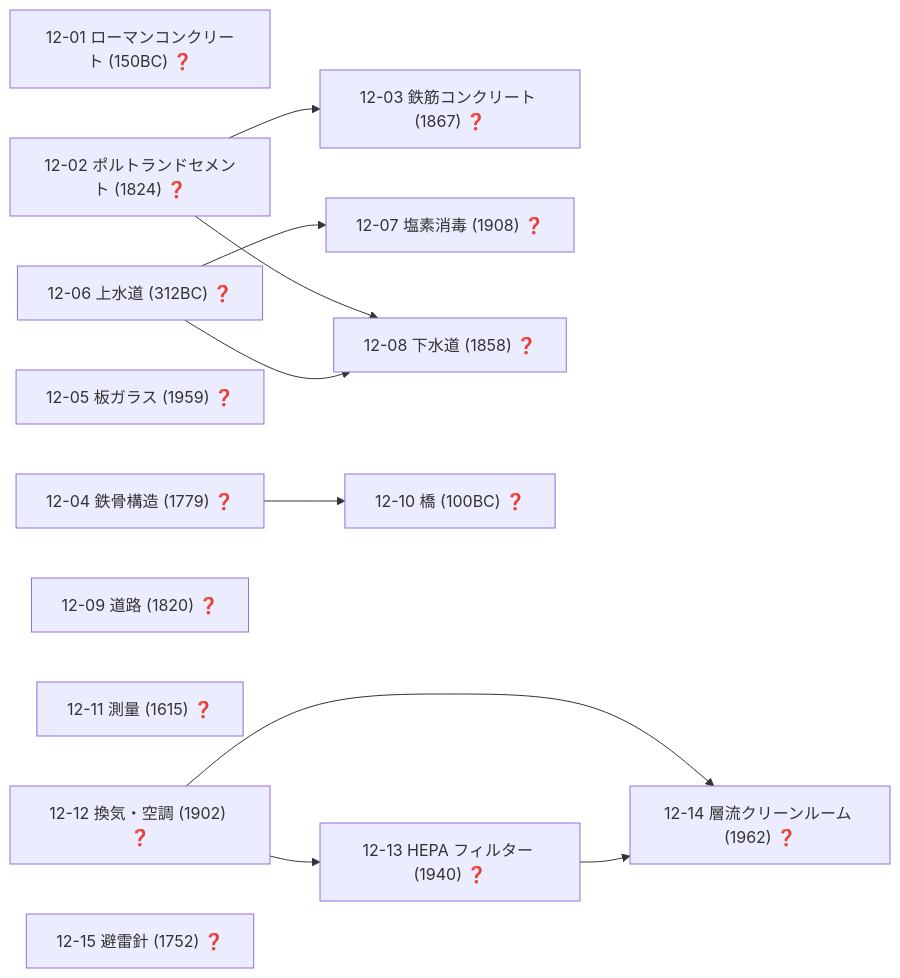
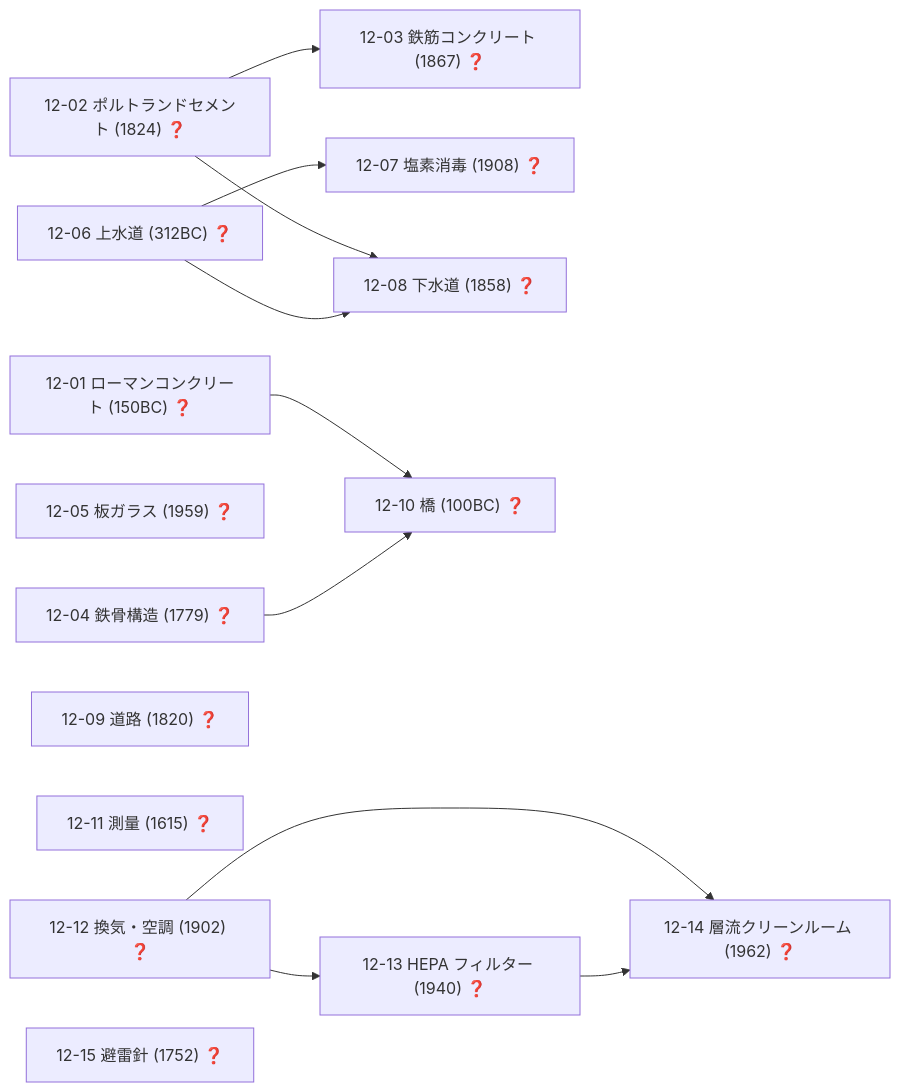
One commit to taku3i0317-collab/semiconductor-lab changed diagram 15 of 19 in docs/TECH_TREE_VIEW.md. Above: the diagram before and after it, drawn with Mermaid. The commit also changed other lines of this file and 7 other files, not shown here.

````diff
--- a/docs/TECH_TREE_VIEW.md
+++ b/docs/TECH_TREE_VIEW.md
@@ -695,26 +696,27 @@
 ```mermaid
 graph LR
   n12_01["12-01 ローマンコンクリート (150BC) ❓"]
   n12_02["12-02 ポルトランドセメント (1824) ❓"]
   n12_03["12-03 鉄筋コンクリート (1867) ❓"]
   n12_04["12-04 鉄骨構造 (1779) ❓"]
   n12_05["12-05 板ガラス (1959) ❓"]
   n12_06["12-06 上水道 (312BC) ❓"]
   n12_07["12-07 塩素消毒 (1908) ❓"]
   n12_08["12-08 下水道 (1858) ❓"]
   n12_09["12-09 道路 (1820) ❓"]
   n12_10["12-10 橋 (100BC) ❓"]
   n12_11["12-11 測量 (1615) ❓"]
   n12_12["12-12 換気・空調 (1902) ❓"]
   n12_13["12-13 HEPA フィルター (1940) ❓"]
   n12_14["12-14 層流クリーンルーム (1962) ❓"]
   n12_15["12-15 避雷針 (1752) ❓"]
   n12_02-->n12_03
   n12_06-->n12_07
   n12_02-->n12_08
   n12_06-->n12_08
+  n12_01-->n12_10
   n12_04-->n12_10
   n12_12-->n12_13
   n12_12-->n12_14
   n12_13-->n12_14
 ```
````
